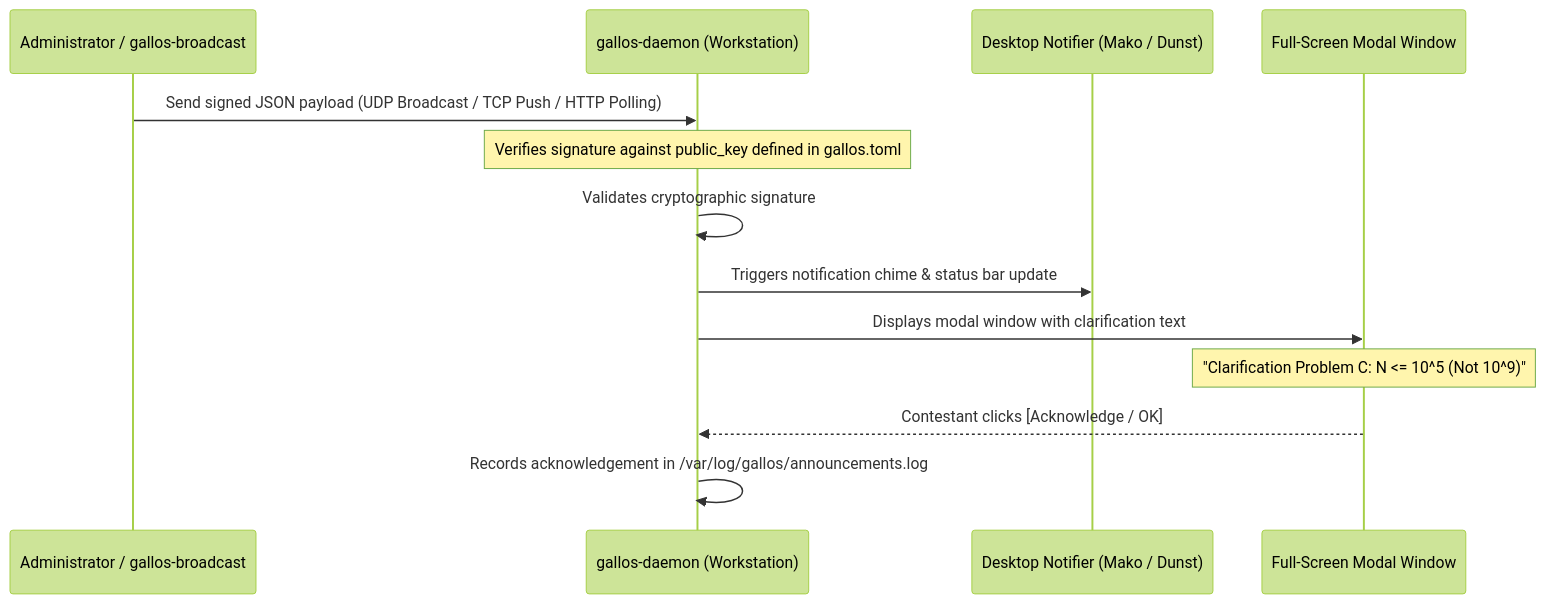
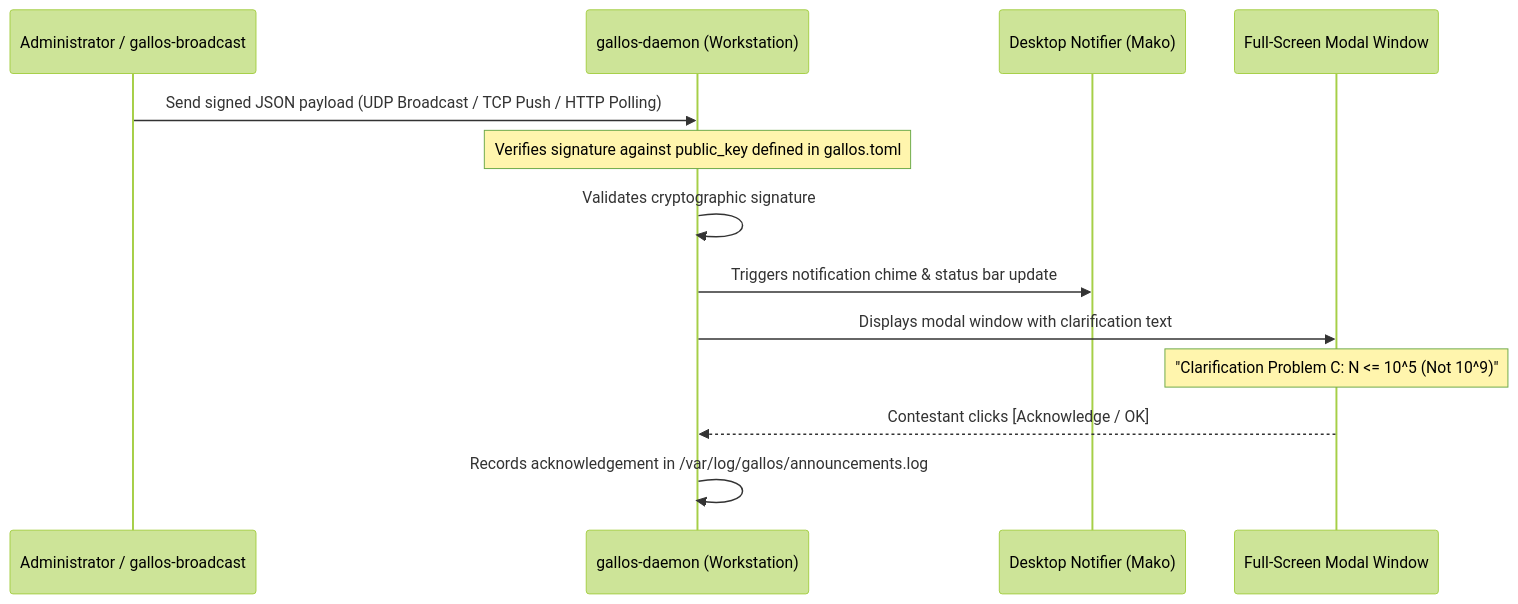
Before and after one commit to CPC-GALLOS/GallosOS: the fifth of 5 diagrams in docs/ARCHITECTURE.md, drawn with Mermaid (forest theme). The commit also changed other lines of this file and 4 other files, not shown here.

First line of the commit message:
docs: resolve core architectural contradictions and align MVP scope

````diff
--- a/docs/ARCHITECTURE.md
+++ b/docs/ARCHITECTURE.md
@@ -892,16 +892,16 @@
 ```mermaid
 sequenceDiagram
     participant Organizer as Administrator / gallos-broadcast
     participant Daemon as gallos-daemon (Workstation)
-    participant Panel as Desktop Notifier (Mako / Dunst)
+    participant Panel as Desktop Notifier (Mako)
     participant UI as Full-Screen Modal Window
 
     Organizer->>Daemon: Send signed JSON payload (UDP Broadcast / TCP Push / HTTP Polling)
     Note over Daemon: Verifies signature against public_key defined in gallos.toml
     Daemon->>Daemon: Validates cryptographic signature
     Daemon->>Panel: Triggers notification chime & status bar update
     Daemon->>UI: Displays modal window with clarification text
     Note over UI: "Clarification Problem C: N <= 10^5 (Not 10^9)"
     UI-->>Daemon: Contestant clicks [Acknowledge / OK]
     Daemon->>Daemon: Records acknowledgement in /var/log/gallos/announcements.log
 ```
````
